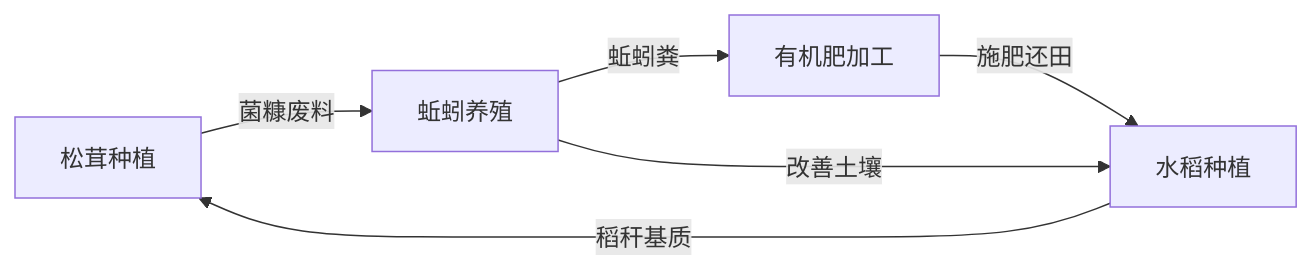
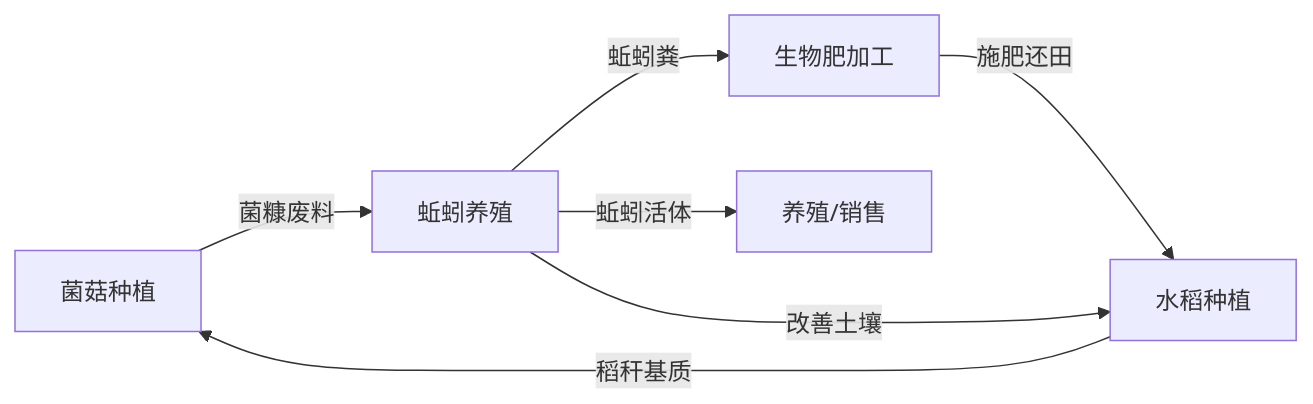
One commit to noa730/claw-farm changed the first of 2 diagrams in README.md. Above: the diagram before and after it, drawn with Mermaid. The commit also changed other lines of this file and 2 other files, not shown here.

````diff
--- a/README.md
+++ b/README.md
@@ -23,8 +25,9 @@
 ```mermaid
 graph LR
-    A[松茸种植] -->|菌糠废料| B[蚯蚓养殖]
-    B -->|蚯蚓粪| C[有机肥加工]
+    A[菌菇种植] -->|菌糠废料| B[蚯蚓养殖]
+    B -->|蚯蚓粪| C[生物肥加工]
     C -->|施肥还田| D[水稻种植]
     D -->|稻秆基质| A
     B -->|改善土壤| D
+    B -->|蚯蚓活体| E[养殖/销售]
 ```
````
